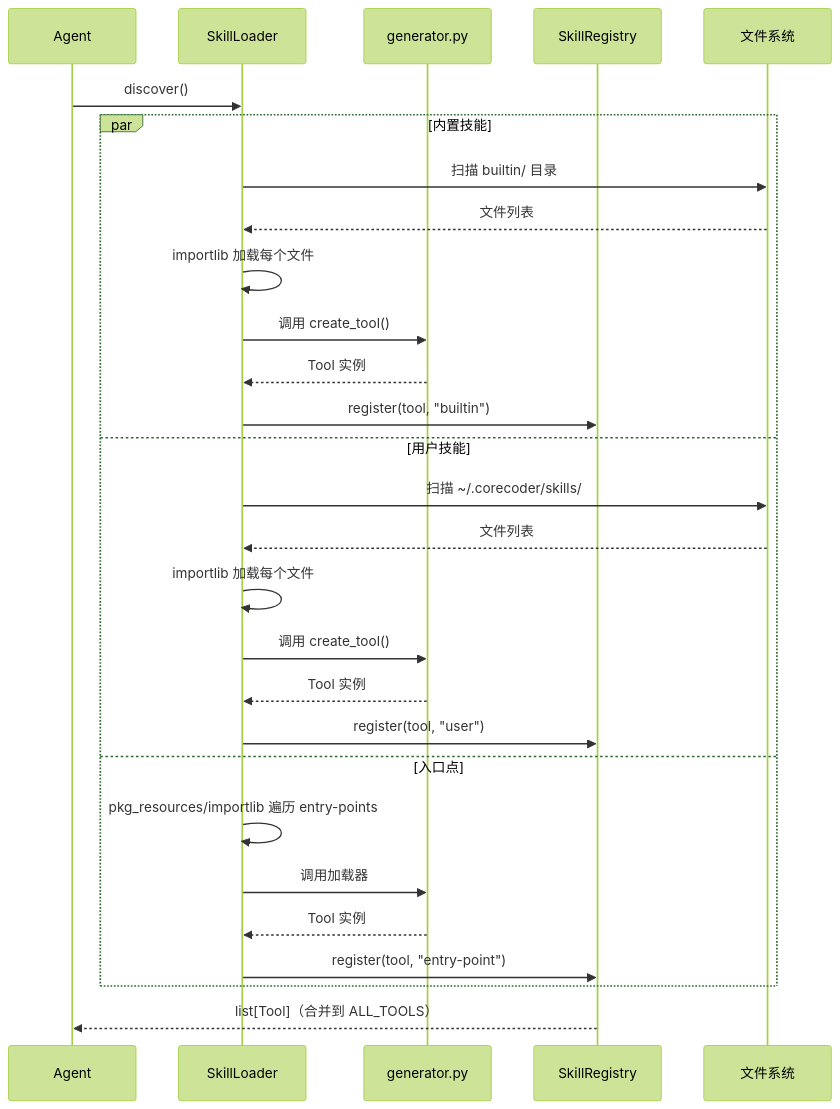
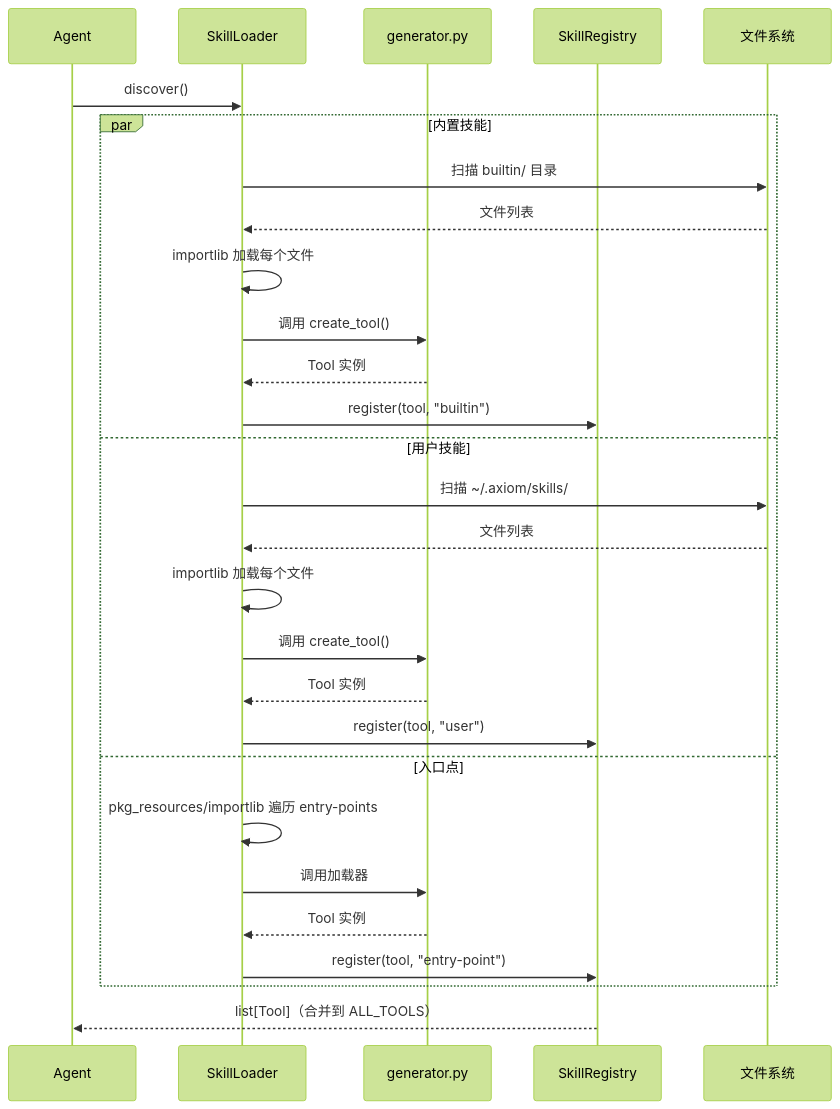
The second of 2 diagrams in article/07-skills.md (Omitze/Axiom), drawn with Mermaid (forest theme) before and after one commit. The commit also changed other lines of this file and 2 other files, not shown here.

````diff
--- a/article/07-skills.md
+++ b/article/07-skills.md
@@ -181,33 +181,33 @@
 ```mermaid
 sequenceDiagram
     participant Agent as Agent
     participant SL as SkillLoader
     participant G as generator.py
     participant SR as SkillRegistry
     participant FS as 文件系统
 
     Agent->>SL: discover()
     
     par 内置技能
         SL->>FS: 扫描 builtin/ 目录
         FS-->>SL: 文件列表
         SL->>SL: importlib 加载每个文件
         SL->>G: 调用 create_tool()
         G-->>SL: Tool 实例
         SL->>SR: register(tool, "builtin")
     and 用户技能
-        SL->>FS: 扫描 ~/.corecoder/skills/
+        SL->>FS: 扫描 ~/.axiom/skills/
         FS-->>SL: 文件列表
         SL->>SL: importlib 加载每个文件
         SL->>G: 调用 create_tool()
         G-->>SL: Tool 实例
         SL->>SR: register(tool, "user")
     and 入口点
         SL->>SL: pkg_resources/importlib 遍历 entry-points
         SL->>G: 调用加载器
         G-->>SL: Tool 实例
         SL->>SR: register(tool, "entry-point")
     end
     
     SR-->>Agent: list[Tool]（合并到 ALL_TOOLS）
 ```
````
